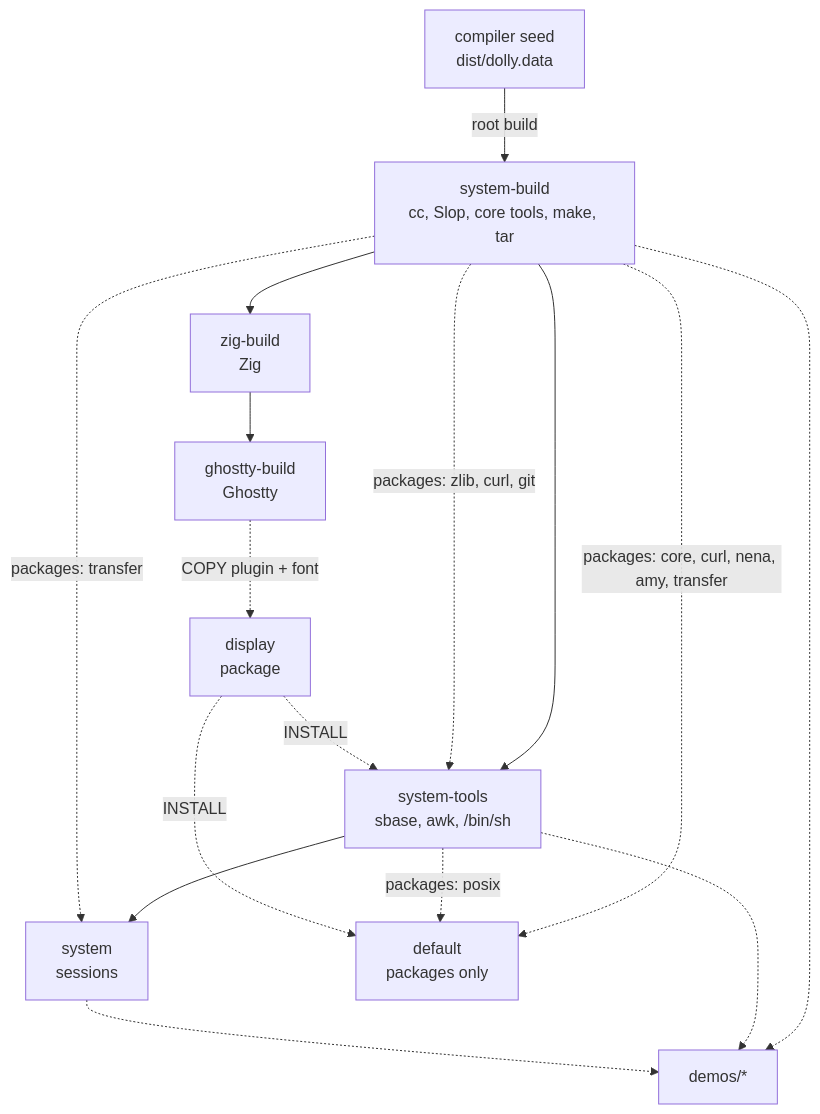
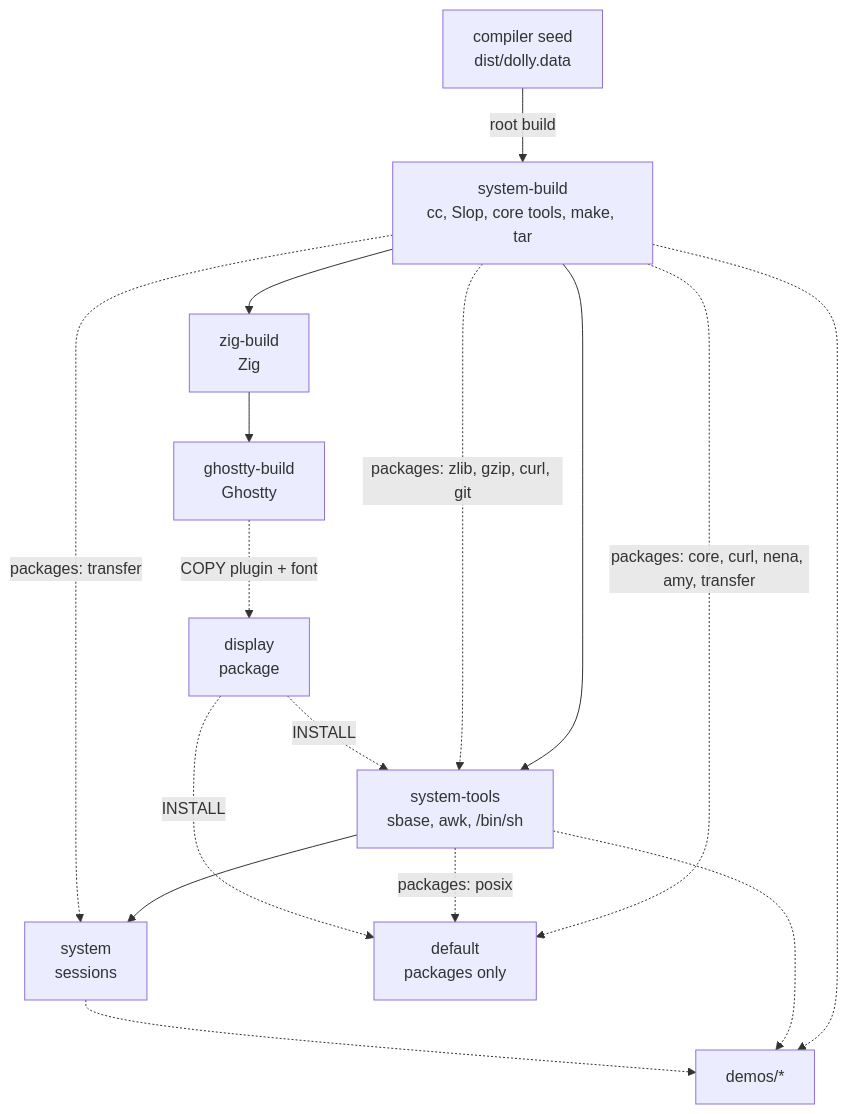
One commit to daugasauron/dolly changed the third of 3 diagrams in docs/architecture.md. Above: the diagram before and after it, drawn with Mermaid. The commit also changed other lines of this file and 21 other files, not shown here.

````diff
--- a/docs/architecture.md
+++ b/docs/architecture.md
@@ -100,19 +100,19 @@
 ```mermaid
 flowchart TD
   seed["compiler seed<br/>dist/dolly.data"] -- "root build" --> sb["system-build<br/>cc, Slop, core tools, make, tar"]
   sb --> zb["zig-build<br/>Zig"]
   zb --> gb["ghostty-build<br/>Ghostty"]
   gb -. "COPY plugin + font" .-> disp["display<br/>package"]
   sb --> st["system-tools<br/>sbase, awk, /bin/sh"]
-  sb -. "packages: zlib, curl, git" .-> st
+  sb -. "packages: zlib, gzip, curl, git" .-> st
   disp -. "INSTALL" .-> st
   st --> sys["system<br/>sessions"]
   sb -. "packages: transfer" .-> sys
   sb -. "packages: core, curl, nena, amy, transfer" .-> def["default<br/>packages only"]
   st -. "packages: posix" .-> def
   disp -. "INSTALL" .-> def
   demos["demos/*"]
   sb -.-> demos
   st -.-> demos
   sys -.-> demos
 ```
````
